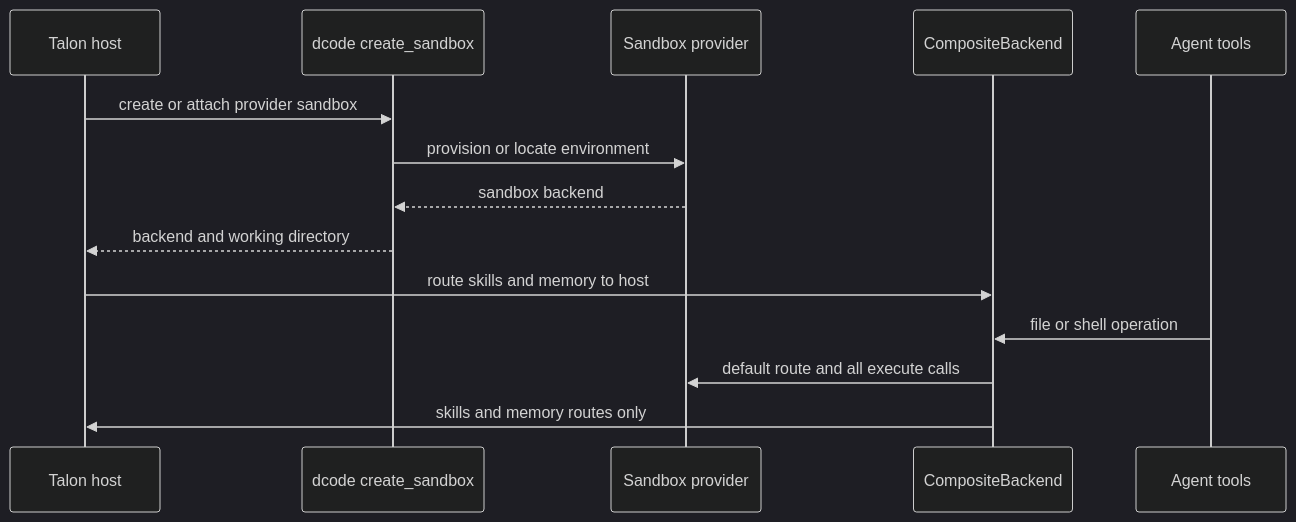
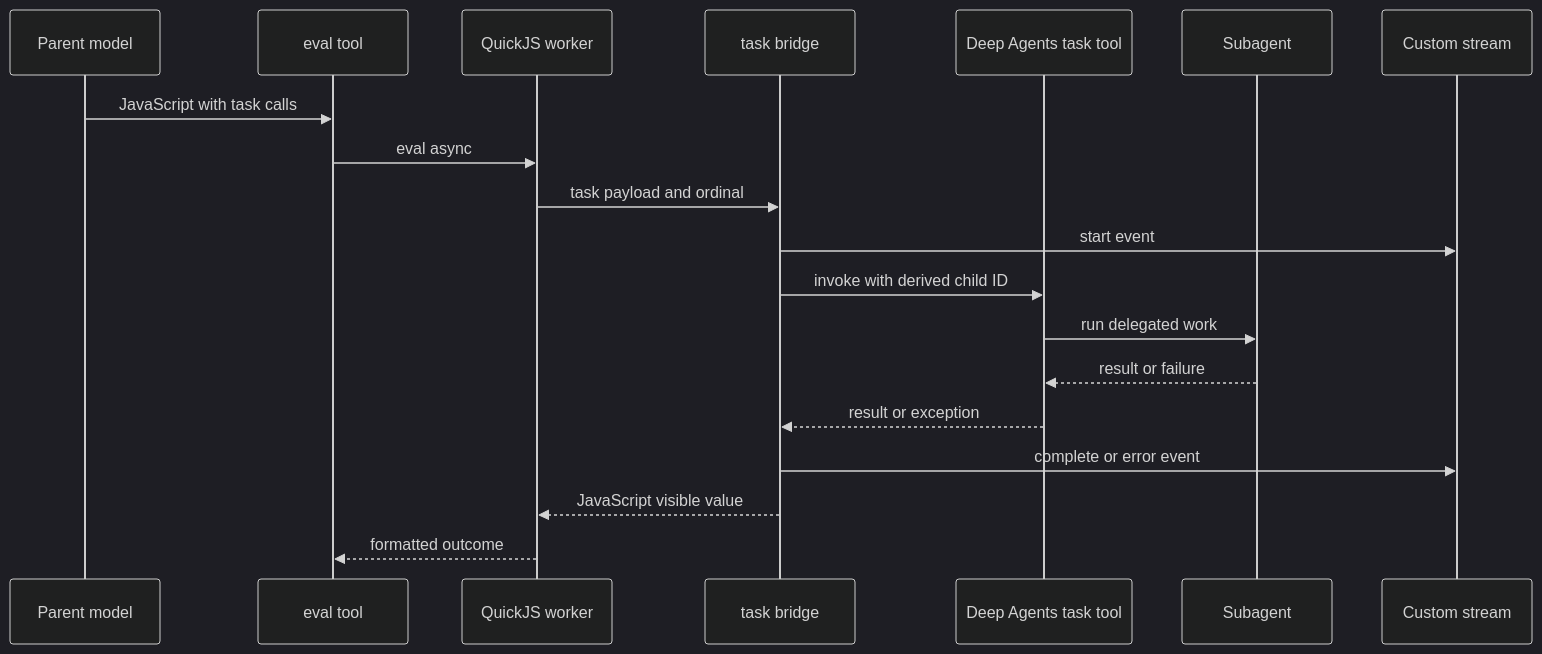
Before and after one commit to langchain-ai/deepagents: the third of 4 diagrams in openwiki/integrations/sandbox-partners.md, drawn with Mermaid (dark theme). The commit also changed other lines of this file and 39 other files, not shown here.

````diff
--- a/openwiki/integrations/sandbox-partners.md
+++ b/openwiki/integrations/sandbox-partners.md
@@ -124,17 +152,22 @@
 ```mermaid
 sequenceDiagram
-    participant Host as Talon host
-    participant Factory as dcode create_sandbox
-    participant Remote as Sandbox provider
-    participant Composite as CompositeBackend
-    participant Agent as Agent tools
+    participant Model as Parent model
+    participant Eval as eval tool
+    participant QJS as QuickJS worker
+    participant Bridge as task bridge
+    participant Task as Deep Agents task tool
+    participant Child as Subagent
+    participant Stream as Custom stream
 
-    Host->>Factory: create or attach provider sandbox
-    Factory->>Remote: provision or locate environment
-    Remote-->>Factory: sandbox backend
-    Factory-->>Host: backend and working directory
-    Host->>Composite: route skills and memory to host
-    Agent->>Composite: file or shell operation
-    Composite->>Remote: default route and all execute calls
-    Composite->>Host: skills and memory routes only
+    Model->>Eval: JavaScript with task calls
+    Eval->>QJS: eval async
+    QJS->>Bridge: task payload and ordinal
+    Bridge->>Stream: start event
+    Bridge->>Task: invoke with derived child ID
+    Task->>Child: run delegated work
+    Child-->>Task: result or failure
+    Task-->>Bridge: result or exception
+    Bridge->>Stream: complete or error event
+    Bridge-->>QJS: JavaScript visible value
+    QJS-->>Eval: formatted outcome
 ```
````
